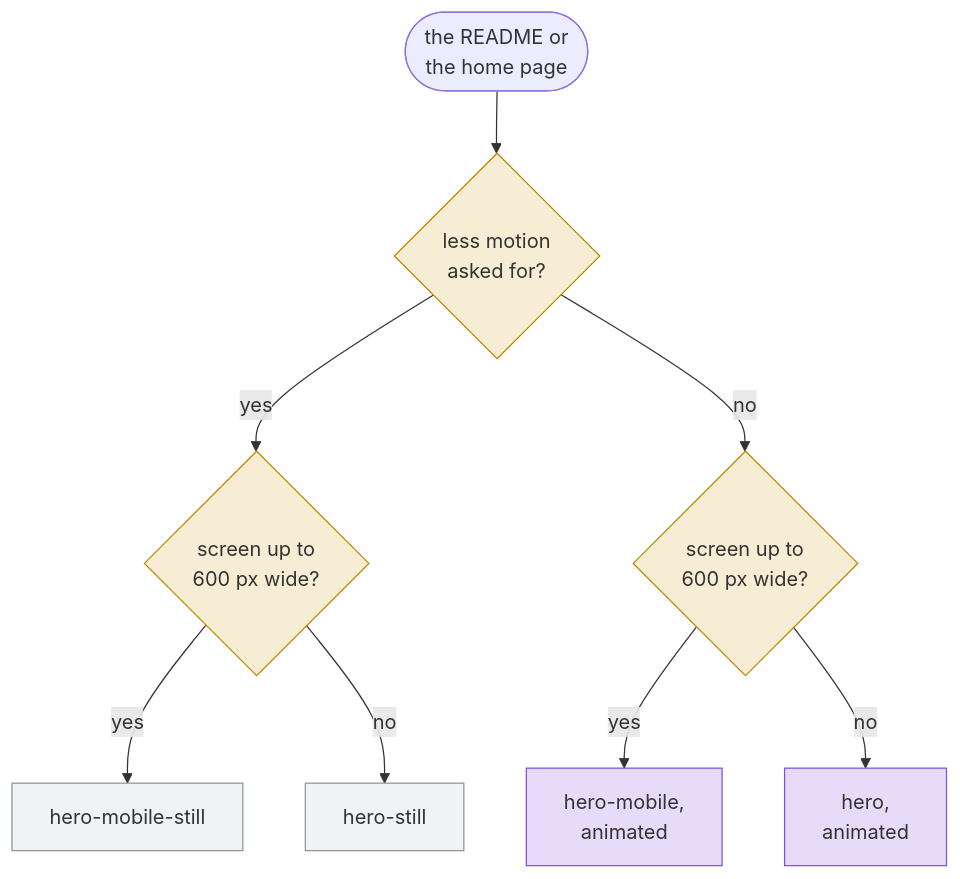
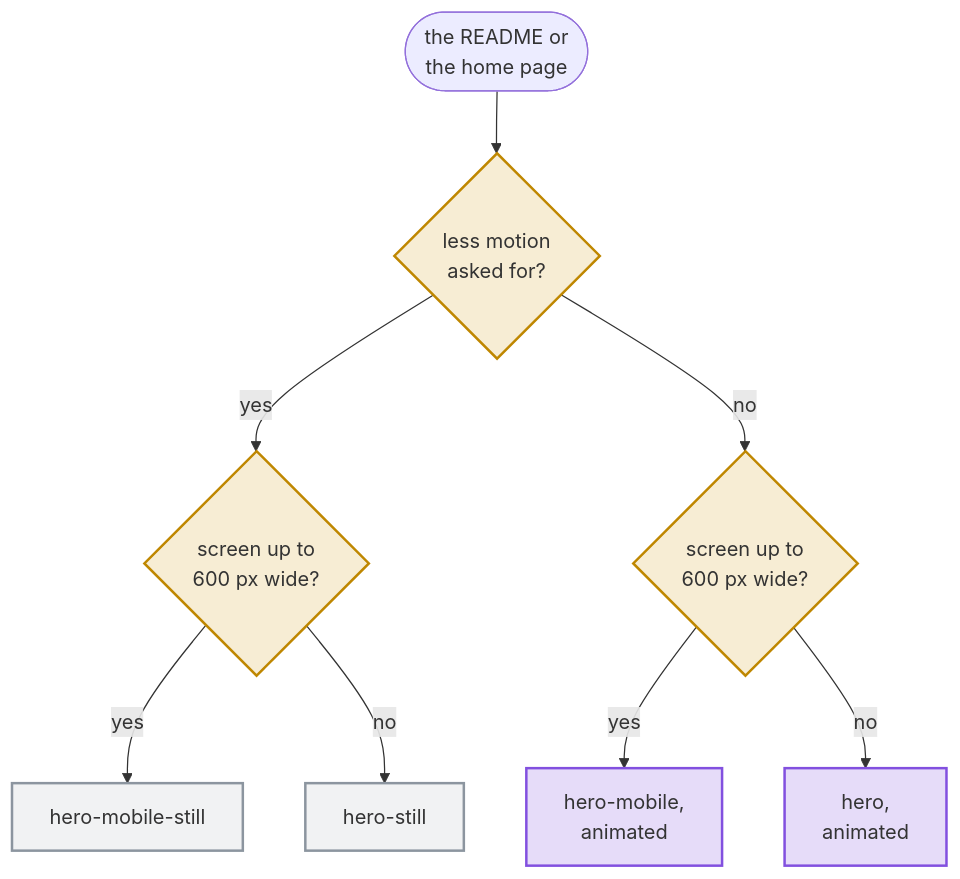
One commit to Dennis-Otto/issue-assistant changed the second of 2 diagrams in CONTRIBUTING.md. Above: the diagram before and after it, drawn with Mermaid. The commit also changed other lines of this file and 4 other files, not shown here.

First line of the commit message:
docs: accessible top-to-bottom diagrams, and three new ones (#82)

````diff
--- a/CONTRIBUTING.md
+++ b/CONTRIBUTING.md
@@ -109,18 +109,18 @@
 ```mermaid
 flowchart TB
   accTitle: Which picture of the animation a reader sees
   accDescr: A reader who asked for less motion sees a still picture, upright on a screen up to 600 pixels wide and wide otherwise. Every other reader sees the animation, upright on such a screen and wide otherwise. Each picture comes light or dark, after the theme of the reader.
   reader(["the README or<br/>the home page"]) --> motion{"less motion<br/>asked for?"}
   motion -- "yes" --> narrow{"screen up to<br/>600 px wide?"}
   narrow -- "yes" --> upright["hero-mobile-still"]
   narrow -- "no" --> still["hero-still"]
   motion -- "no" --> phone{"screen up to<br/>600 px wide?"}
   phone -- "yes" --> mobile["hero-mobile,<br/>animated"]
   phone -- "no" --> hero["hero,<br/>animated"]
-  classDef question fill:#d4a72c33,stroke:#bf8700
-  classDef still fill:#8c959f1f,stroke:#8c959f
-  classDef animated fill:#8250df33,stroke:#8250df
+  classDef question fill:#d4a72c33,stroke:#bf8700,stroke-width:2px
+  classDef still fill:#8c959f1f,stroke:#8c959f,stroke-width:2px
+  classDef animated fill:#8250df33,stroke:#8250df,stroke-width:2px
   class motion,narrow,phone question
   class upright,still still
   class mobile,hero animated
 ```
````
